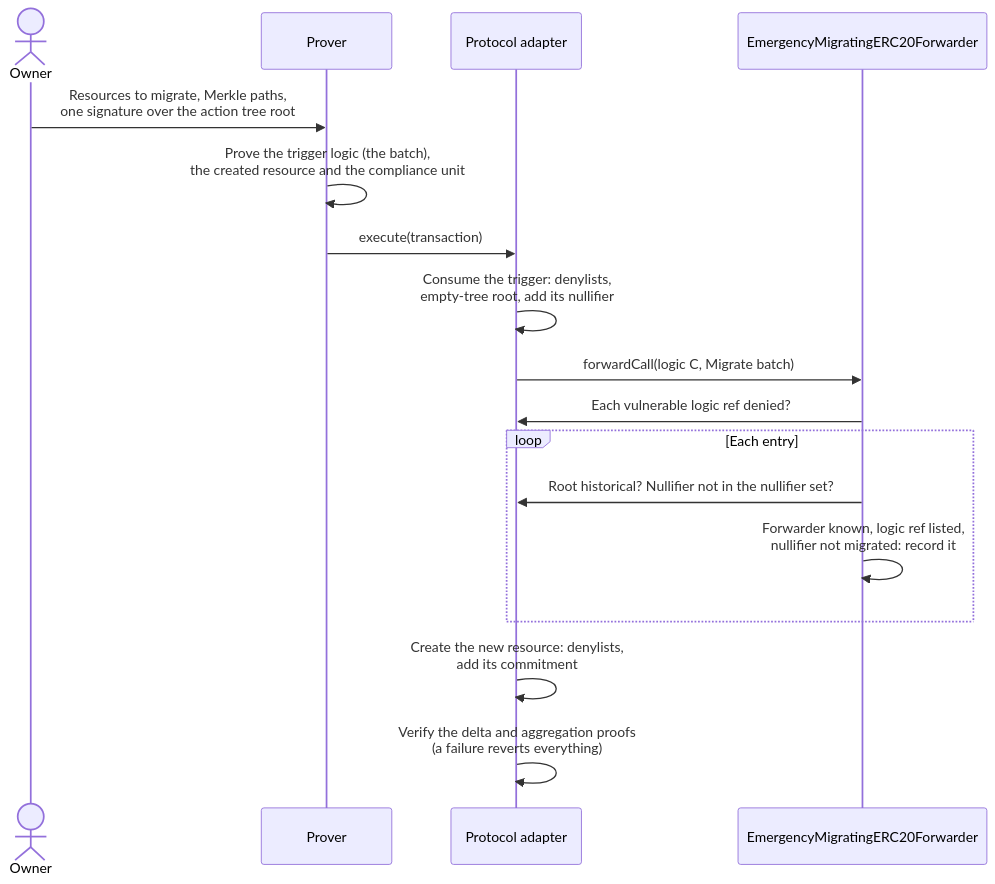
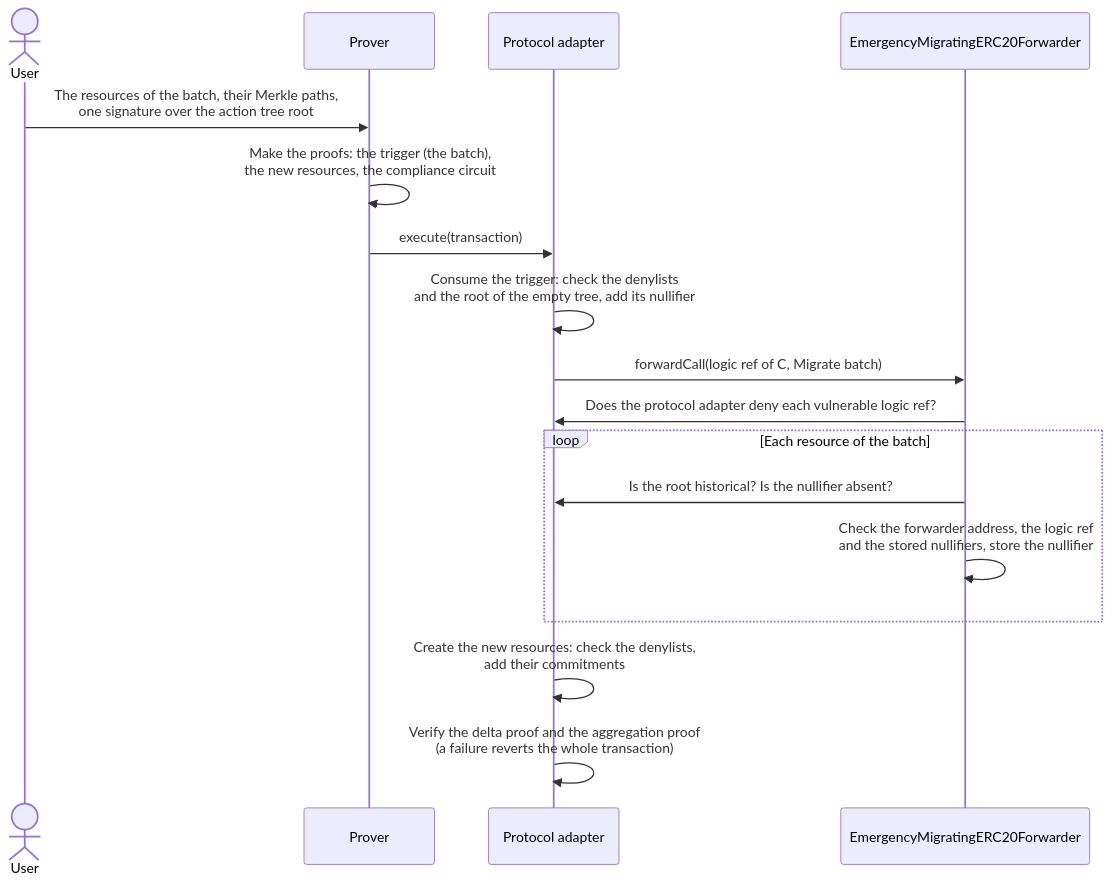
Before and after one commit to anoma/anomapay-erc20-forwarder: the diagram in docs/03-hard-migration.md, drawn with Mermaid. The commit also changed other lines of this file and 5 other files, not shown here.

````diff
--- a/docs/03-hard-migration.md
+++ b/docs/03-hard-migration.md
@@ -76,20 +82,20 @@
 ```mermaid
 sequenceDiagram
-    actor Owner
+    actor User
     participant Prover
     participant PA as Protocol adapter
     participant Fwd as EmergencyMigratingERC20Forwarder
 
-    Owner->>Prover: Resources to migrate, Merkle paths,<br/>one signature over the action tree root
-    Prover->>Prover: Prove the trigger logic (the batch),<br/>the created resource and the compliance unit
+    User->>Prover: The resources of the batch, their Merkle paths,<br/>one signature over the action tree root
+    Prover->>Prover: Make the proofs: the trigger (the batch),<br/>the new resources, the compliance circuit
     Prover->>PA: execute(transaction)
-    PA->>PA: Consume the trigger: denylists,<br/>empty-tree root, add its nullifier
-    PA->>Fwd: forwardCall(logic C, Migrate batch)
-    Fwd->>PA: Each vulnerable logic ref denied?
-    loop Each entry
-        Fwd->>PA: Root historical? Nullifier not in the nullifier set?
-        Fwd->>Fwd: Forwarder known, logic ref listed,<br/>nullifier not migrated: record it
+    PA->>PA: Consume the trigger: check the denylists<br/>and the root of the empty tree, add its nullifier
+    PA->>Fwd: forwardCall(logic ref of C, Migrate batch)
+    Fwd->>PA: Does the protocol adapter deny each vulnerable logic ref?
+    loop Each resource of the batch
+        Fwd->>PA: Is the root historical? Is the nullifier absent?
+        Fwd->>Fwd: Check the forwarder address, the logic ref<br/>and the stored nullifiers, store the nullifier
     end
-    PA->>PA: Create the new resource: denylists,<br/>add its commitment
-    PA->>PA: Verify the delta and aggregation proofs<br/>(a failure reverts everything)
+    PA->>PA: Create the new resources: check the denylists,<br/>add their commitments
+    PA->>PA: Verify the delta proof and the aggregation proof<br/>(a failure reverts the whole transaction)
 ```
````
